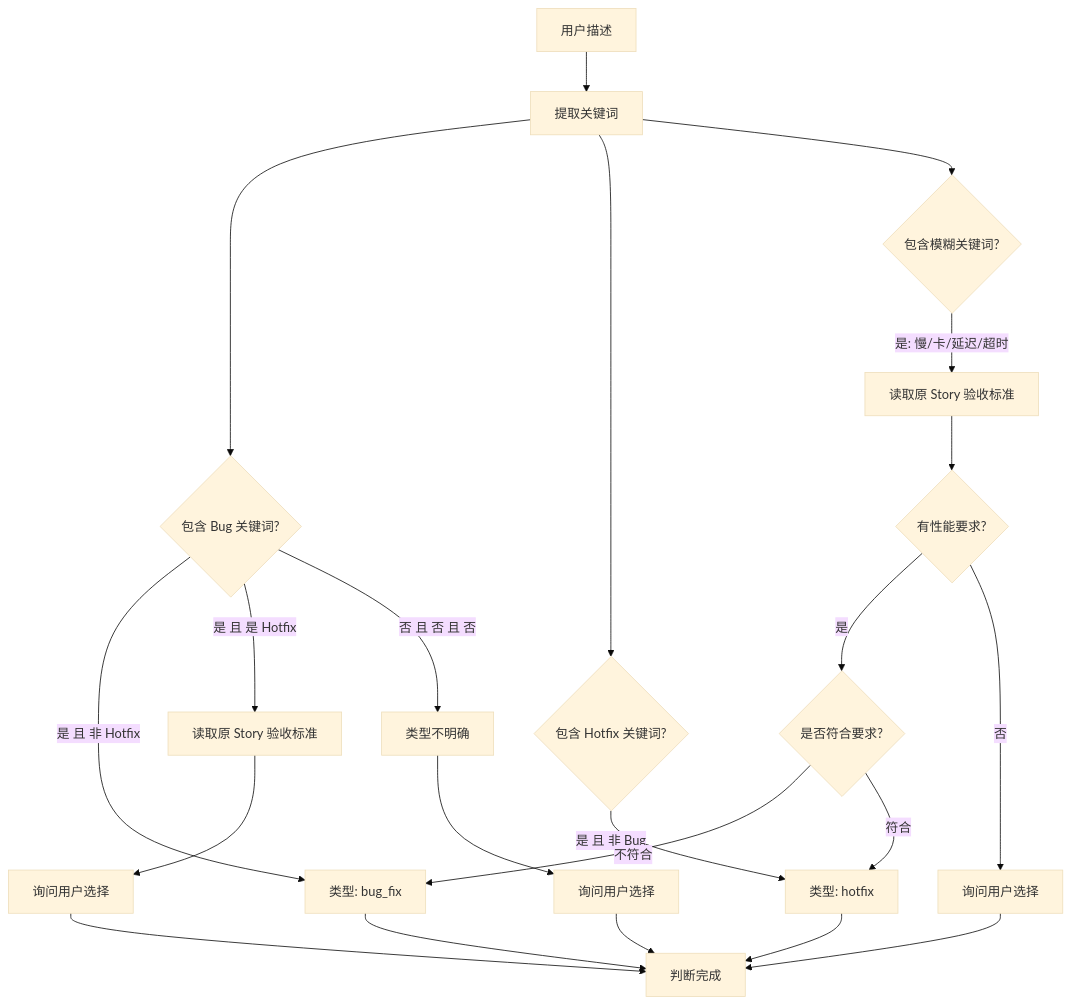
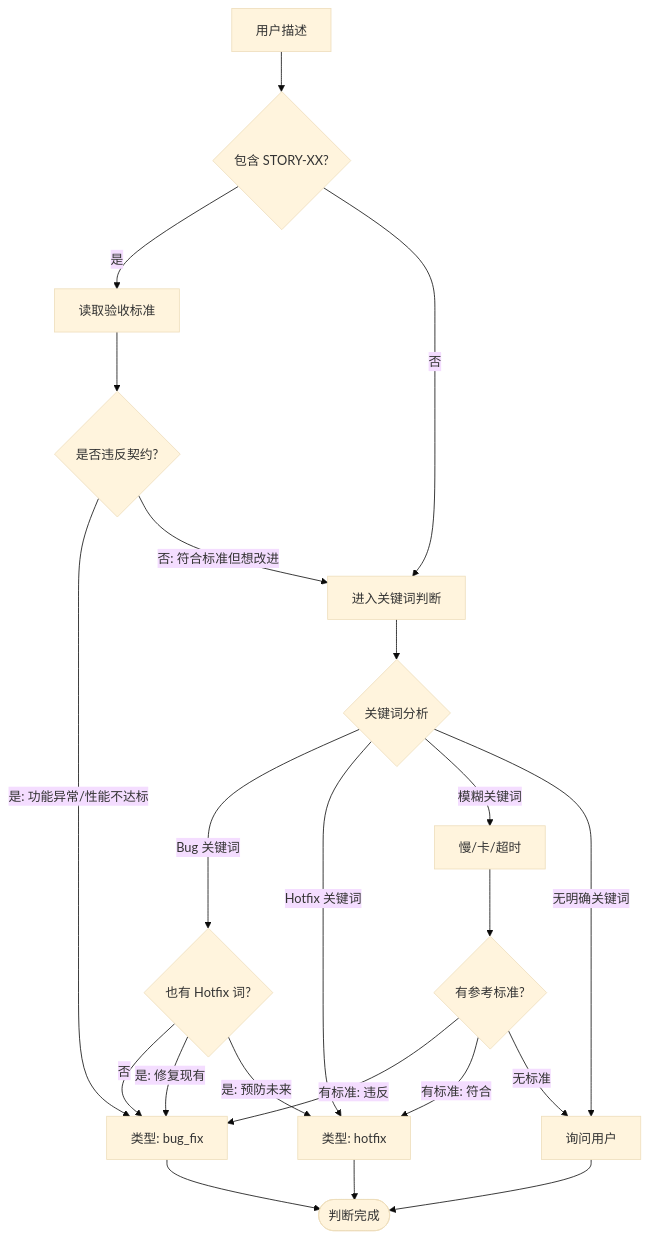
One commit to Lockeysama/TheConn changed the third of 6 diagrams in .the_conn/playbooks/planning/quick_router.md. Above: the diagram before and after it, drawn with Mermaid (base theme). The commit also changed other lines of this file, not shown here.

````diff
--- a/.the_conn/playbooks/planning/quick_router.md
+++ b/.the_conn/playbooks/planning/quick_router.md
@@ -332,29 +364,36 @@
 ```mermaid
 graph TD
-    Start[用户描述] --> Extract[提取关键词]
-    Extract --> CheckBug{包含 Bug 关键词?}
-    Extract --> CheckHotfix{包含 Hotfix 关键词?}
-    Extract --> CheckAmbiguous{包含模糊关键词?}
+    Start[用户描述] --> CheckID{包含 STORY-XX?}
+
+    %% P0: 契约优先路径 (最高优先级)
+    CheckID -->|是| ReadAC[读取验收标准]
+    ReadAC --> CheckViolation{是否违反契约?}
+    CheckViolation -->|是: 功能异常/性能不达标| BugFix[类型: bug_fix]
+    CheckViolation -->|否: 符合标准但想改进| Extract[进入关键词判断]
     
-    CheckBug -->|是 且 非 Hotfix| BugFix[类型: bug_fix]
-    CheckHotfix -->|是 且 非 Bug| Hotfix[类型: hotfix]
+    %% P1: 关键词兜底路径
+    CheckID -->|否| Extract
     
-    CheckBug -->|是 且 是 Hotfix| ReadStory[读取原 Story 验收标准]
-    ReadStory --> AskUser1[询问用户选择]
+    Extract --> Keywords{关键词分析}
     
-    CheckAmbiguous -->|是: 慢/卡/延迟/超时| ReadPerf[读取原 Story 验收标准]
-    ReadPerf --> HasPerfReq{有性能要求?}
-    HasPerfReq -->|是| AskMeetReq{是否符合要求?}
-    AskMeetReq -->|不符合| BugFix
-    AskMeetReq -->|符合| Hotfix
-    HasPerfReq -->|否| AskUser2[询问用户选择]
+    Keywords -->|Bug 关键词| CheckConflict{也有 Hotfix 词?}
+    Keywords -->|Hotfix 关键词| Hotfix[类型: hotfix]
+    Keywords -->|模糊关键词| Ambiguous[慢/卡/超时]
+    Keywords -->|无明确关键词| AskUser[询问用户]
+
+    %% 冲突处理
+    CheckConflict -->|否| BugFix
+    CheckConflict -->|是: 修复现有| BugFix
+    CheckConflict -->|是: 预防未来| Hotfix
+
+    %% 模糊处理
+    Ambiguous --> HasRef{有参考标准?}
+    HasRef -->|有标准: 违反| BugFix
+    HasRef -->|有标准: 符合| Hotfix
+    HasRef -->|无标准| AskUser
     
-    CheckBug -->|否 且 否 且 否| Unclear[类型不明确]
-    Unclear --> AskUser3[询问用户选择]
-    
-    BugFix --> End[判断完成]
+    %% 结束状态
+    BugFix --> End([判断完成])
     Hotfix --> End
-    AskUser1 --> End
-    AskUser2 --> End
-    AskUser3 --> End
+    AskUser --> End
 ```
````
